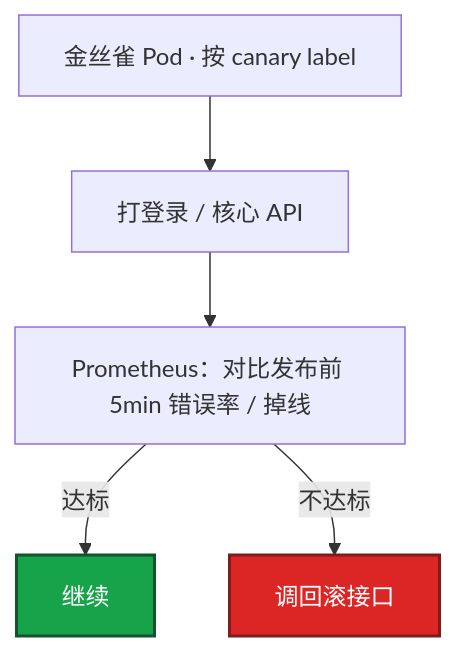
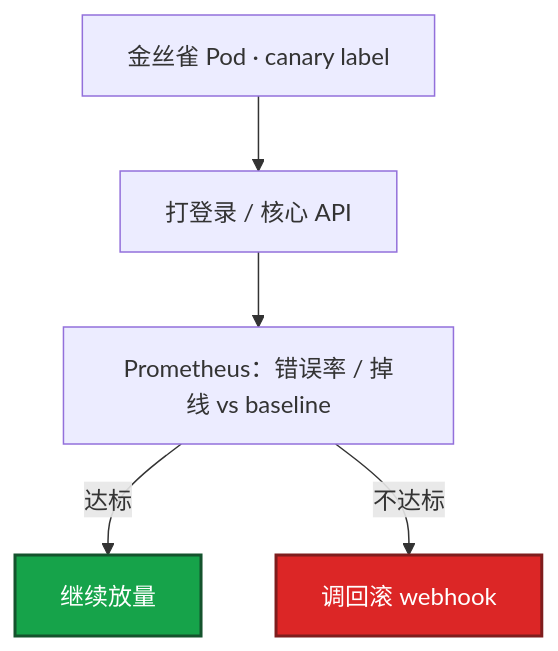
One commit to ml-cuizijun/LearnToLilith changed the fifth of 5 diagrams in 06-开发能力/02-Python运维/知识点.md. Above: the diagram before and after it, drawn with Mermaid. The commit also changed other lines of this file and 213 other files, not shown here.

````diff
--- a/06-开发能力/02-Python运维/知识点.md
+++ b/06-开发能力/02-Python运维/知识点.md
@@ -423,12 +393,12 @@
 ```mermaid
 flowchart TB
-    A[金丝雀 Pod · 按 canary label] --> B[打登录 / 核心 API]
-    B --> C[Prometheus：对比发布前 5min 错误率 / 掉线]
-    C -->|达标| D[继续]
-    C -->|不达标| E[调回滚接口]
+    A[金丝雀 Pod · canary label] --> B[打登录 / 核心 API]
+    B --> C[Prometheus：错误率 / 掉线 vs baseline]
+    C -->|达标| D[继续放量]
+    C -->|不达标| E[调回滚 webhook]
 
     classDef ok fill:#16A34A,stroke:#14532D,stroke-width:2px,color:#fff
     classDef bad fill:#DC2626,stroke:#7F1D1D,stroke-width:2px,color:#fff
     class D ok
     class E bad
 ```
````
